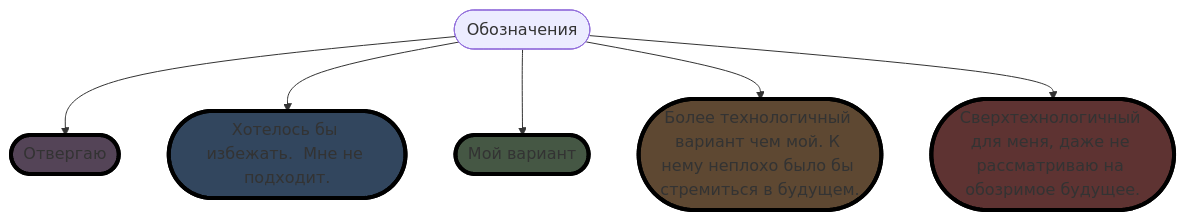
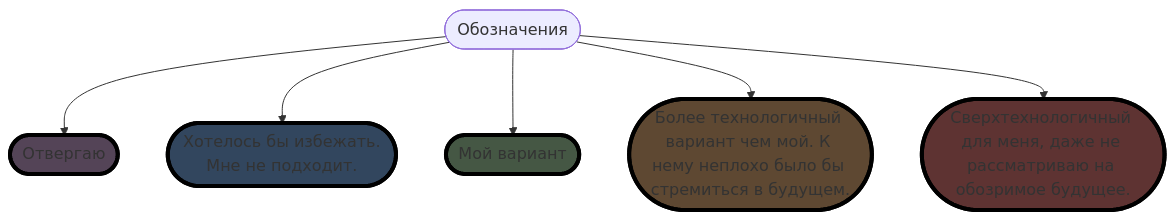
One commit to ufrs12/OLTA-RU changed the first of 2 diagrams in README.md. Above: the diagram before and after it, drawn with Mermaid.

````diff
--- a/README.md
+++ b/README.md
@@ -7,23 +7,24 @@
 ```mermaid
 graph TD;
 classDef class1 fill:#544457, stroke:#000, stroke-width:4px
 classDef class2 fill:#32465e, stroke:#000, stroke-width:4px
 classDef class3 fill:#455744, stroke:#000, stroke-width:4px
 classDef class4 fill:#5e4832, stroke:#000, stroke-width:4px
 classDef class5 fill:#5e3332, stroke:#000, stroke-width:4px
 
    
     A([Обозначения])
     B([Отвергаю]):::class1
-    C([Хотелось бы избежать.  Мне не подходит.]):::class2
+    C([Хотелось бы избежать.
+      Мне не подходит.]):::class2
     D([Мой вариант]):::class3
     E([Более технологичный вариант чем мой. К нему неплохо было бы стремиться в будущем.]):::class4
     F([Сверхтехнологичный для меня, даже не рассматриваю на обозримое будущее.]):::class5
 
     A-->B;
     A-->C;
     A-->D;
     A-->E;
     A-->F;
 
 ```
````
